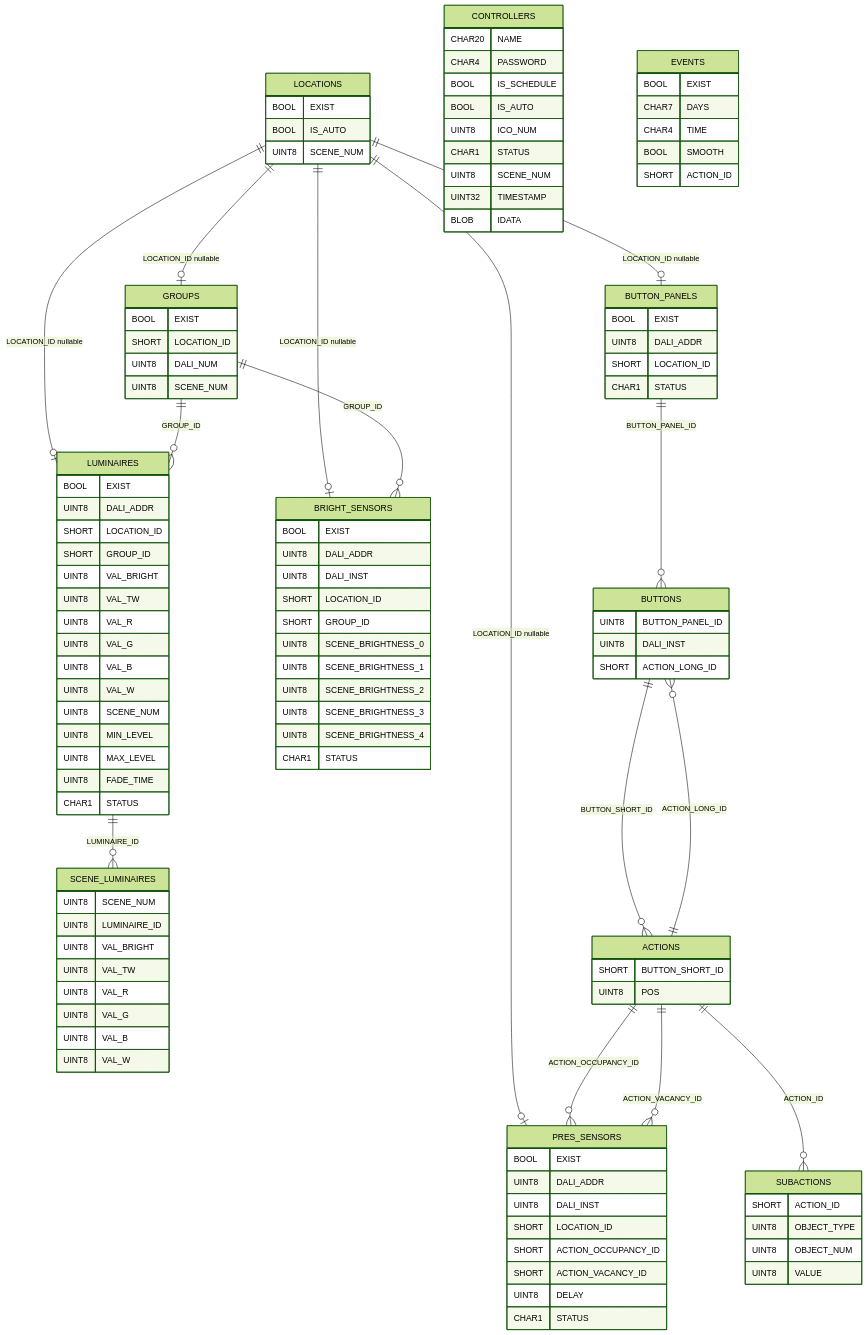
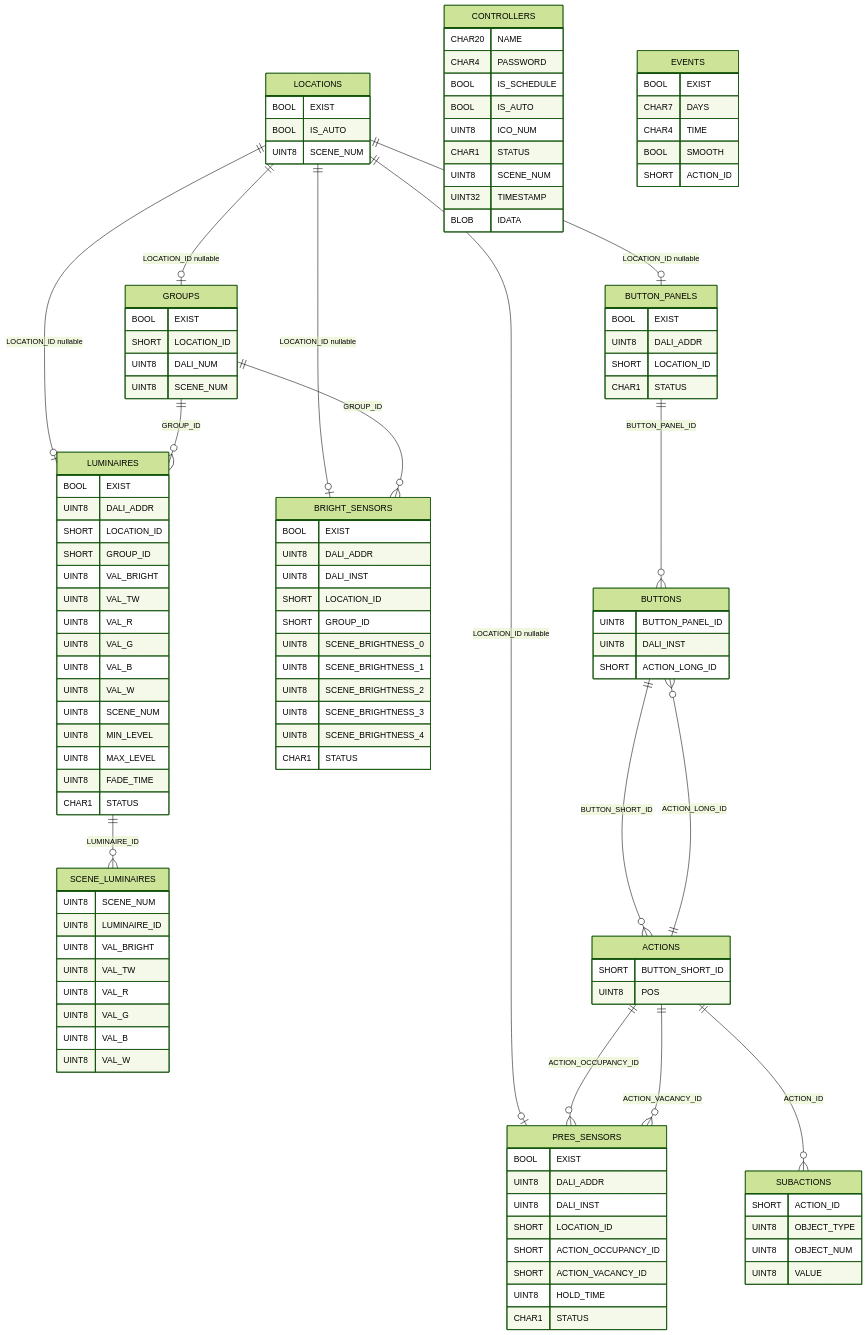
One commit to KhudyakovAlex/Synapse changed the diagram in PDS/SynapsePDS_FW_DB_scheme.md. Above: the diagram before and after it, drawn with Mermaid (forest theme). The commit also changed other lines of this file and 15 other files, not shown here.

Commit message:
Rename DELAY to HOLD_TIME in PRES_SENSORS table

```diff
--- a/PDS/SynapsePDS_FW_DB_scheme.md
+++ b/PDS/SynapsePDS_FW_DB_scheme.md
@@ -82,7 +82,7 @@
         SHORT LOCATION_ID
         SHORT ACTION_OCCUPANCY_ID
         SHORT ACTION_VACANCY_ID
-        UINT8 DELAY
+        UINT8 HOLD_TIME
         CHAR1 STATUS
     }
 
```
